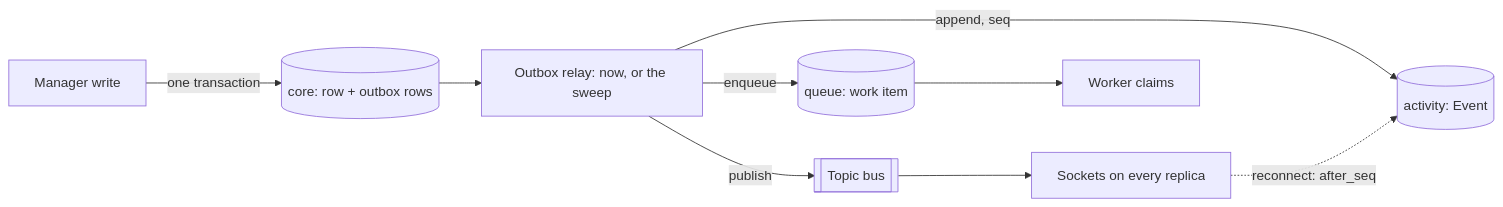
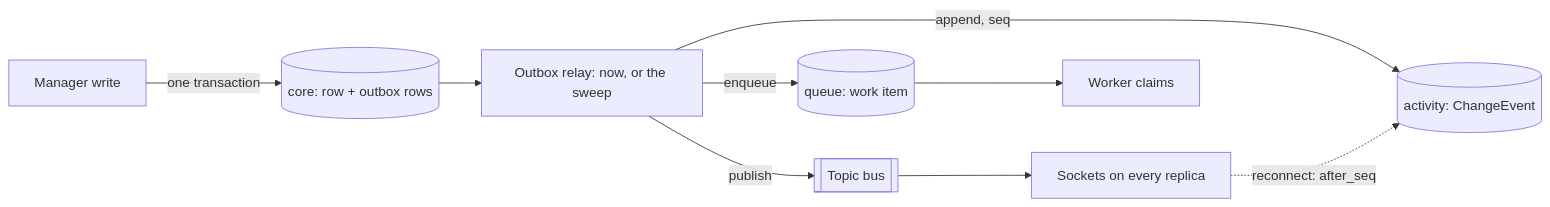
The second of 3 diagrams in architecture.md (baristaze/swe_guidelines), drawn with Mermaid before and after one commit. The commit also changed other lines of this file and 185 other files, not shown here.

````diff
--- a/architecture.md
+++ b/architecture.md
@@ -1050,11 +1051,11 @@
 ``` mermaid
 flowchart LR
     Mgr[Manager write] -->|one transaction| Core[(core: row + outbox rows)]
     Core --> Relay[Outbox relay: now, or the sweep]
-    Relay -->|append, seq| Act[(activity: Event)]
+    Relay -->|append, seq| Act[(activity: ChangeEvent)]
     Relay -->|publish| Bus[[Topic bus]]
     Relay -->|enqueue| Q[(queue: work item)]
     Bus --> Sock[Sockets on every replica]
     Q --> Wrk[Worker claims]
     Sock -.->|reconnect: after_seq| Act
 ```
````
